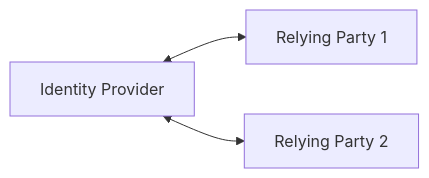
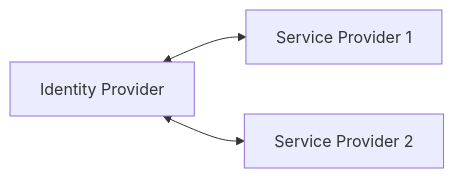
Before and after one commit to logto-io/auth-wiki: the third of 3 diagrams in src/articles/identity-provider.mdx, drawn with Mermaid. The commit also changed other lines of this file and 11 other files, not shown here.

````diff
--- a/src/articles/identity-provider.mdx
+++ b/src/articles/identity-provider.mdx
@@ -53,5 +53,5 @@
 ```mermaid
 graph LR
-    IdP[Identity Provider] <--> RP1[Relying Party 1]
-    IdP <--> RP2[Relying Party 2]
+    IdP[Identity Provider] <--> SP1[Service Provider 1]
+    IdP <--> SP2[Service Provider 2]
 ```
````
